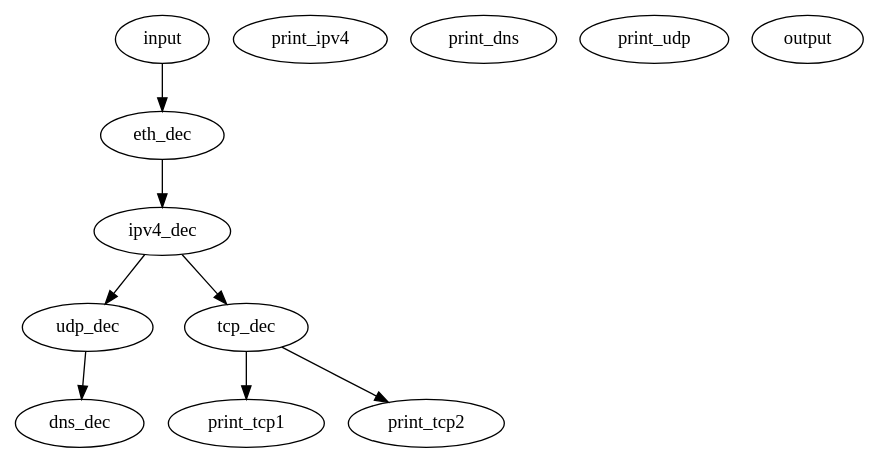
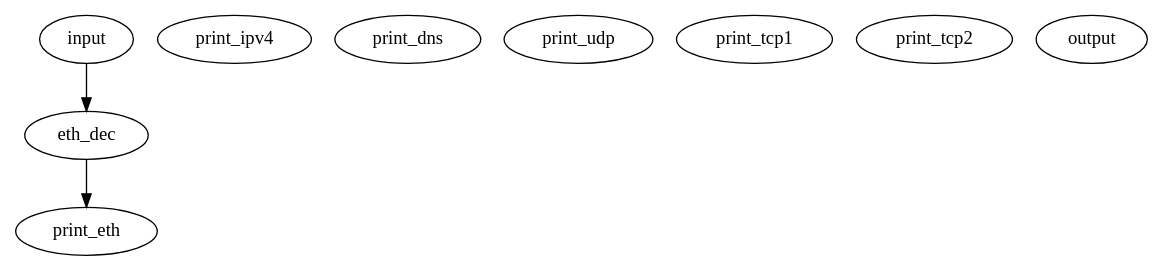
Before and after one commit to zbanks/lens: the diagram in src/lens.dot, drawn with Graphviz. The commit also changed 16 other files, not shown here.

```diff
--- a/src/lens.dot
+++ b/src/lens.dot
@@ -1,22 +1,27 @@
 digraph {
     input;
+    print_eth [type=print prefix=ETH data=false];
     print_ipv4 [type=print prefix=IPV4];
     print_dns [type=print prefix=DNS];
     print_udp [type=print prefix=UDP];
     print_tcp1 [type=print prefix=TCP_pass all=0];
     print_tcp2 [type=print prefix=TCP_data all=0];
     output [type=output];
 
     input -> eth_dec;
-    eth_dec -> ipv4_dec [ethertype=ipv4];
+    eth_dec -> print_eth;
+    //eth_dec -> ipv4_dec [ethertype=ipv4];
+    //ipv4_dec -> print_ipv4;
+    /*
+
     ipv4_dec -> udp_dec [proto=udp];
     udp_dec -> dns_dec [port=53];
     ipv4_dec -> tcp_dec [proto=tcp];
 
     tcp_dec -> print_tcp1 [pass=true];
     tcp_dec -> print_tcp2 [output=true];
-    /*
+
     dns_dec -> print_dns;
-    udp_dec -> print_udp [unmatched=1];
+    udp_dec -> print_udp;
     */
 }
```
